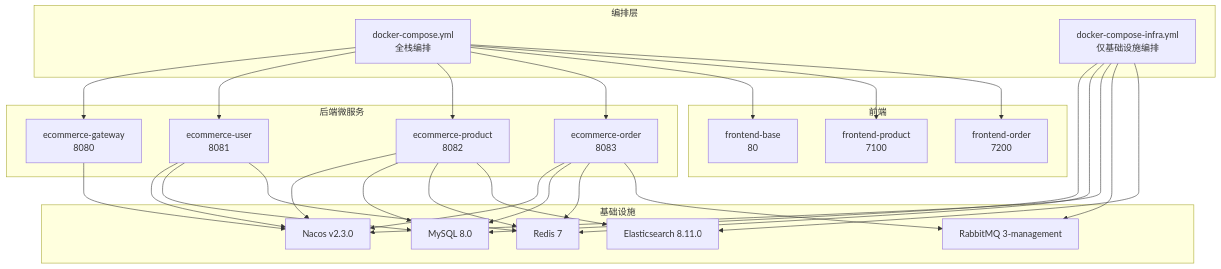
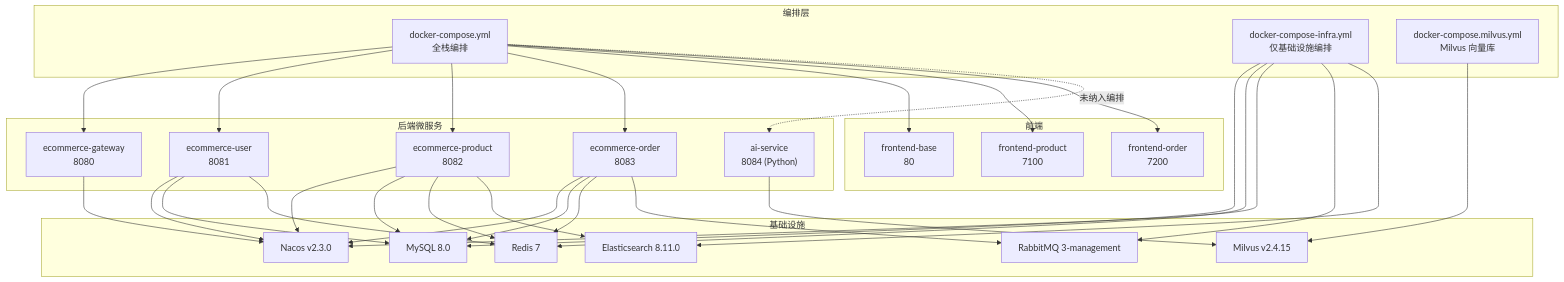
Before and after one commit to haohailiang/qoder-fullstack: the first of 3 diagrams in .qoder/repowiki/zh/content/部署与运维/服务编排与依赖管理.md, drawn with Mermaid. The commit also changed other lines of this file and 33 other files, not shown here.

````diff
--- a/.qoder/repowiki/zh/content/部署与运维/服务编排与依赖管理.md
+++ b/.qoder/repowiki/zh/content/部署与运维/服务编排与依赖管理.md
@@ -44,49 +48,55 @@
 ```mermaid
 graph TB
 subgraph "编排层"
 DC["docker-compose.yml<br/>全栈编排"]
 DI["docker-compose-infra.yml<br/>仅基础设施编排"]
+DM["docker-compose.milvus.yml<br/>Milvus 向量库"]
 end
 subgraph "基础设施"
 M["MySQL 8.0"]
 R["Redis 7"]
 N["Nacos v2.3.0"]
 Q["RabbitMQ 3-management"]
 E["Elasticsearch 8.11.0"]
+MV["Milvus v2.4.15"]
 end
 subgraph "后端微服务"
 GW["ecommerce-gateway<br/>8080"]
 U["ecommerce-user<br/>8081"]
 P["ecommerce-product<br/>8082"]
 O["ecommerce-order<br/>8083"]
+AI["ai-service<br/>8084 (Python)"]
 end
 subgraph "前端"
 FB["frontend-base<br/>80"]
 FP["frontend-product<br/>7100"]
 FO["frontend-order<br/>7200"]
 end
 DC --> GW
 DC --> U
 DC --> P
 DC --> O
 DC --> FB
 DC --> FP
 DC --> FO
 DI --> M
 DI --> R
 DI --> N
 DI --> Q
 DI --> E
+DM --> MV
+DC -.->|"未纳入编排"| AI
+AI --> MV
 GW --> N
 U --> N
 P --> N
 O --> N
 U --> M
 P --> M
 O --> M
 U --> R
 P --> R
 O --> R
 P --> E
 O --> Q
 ```
````
